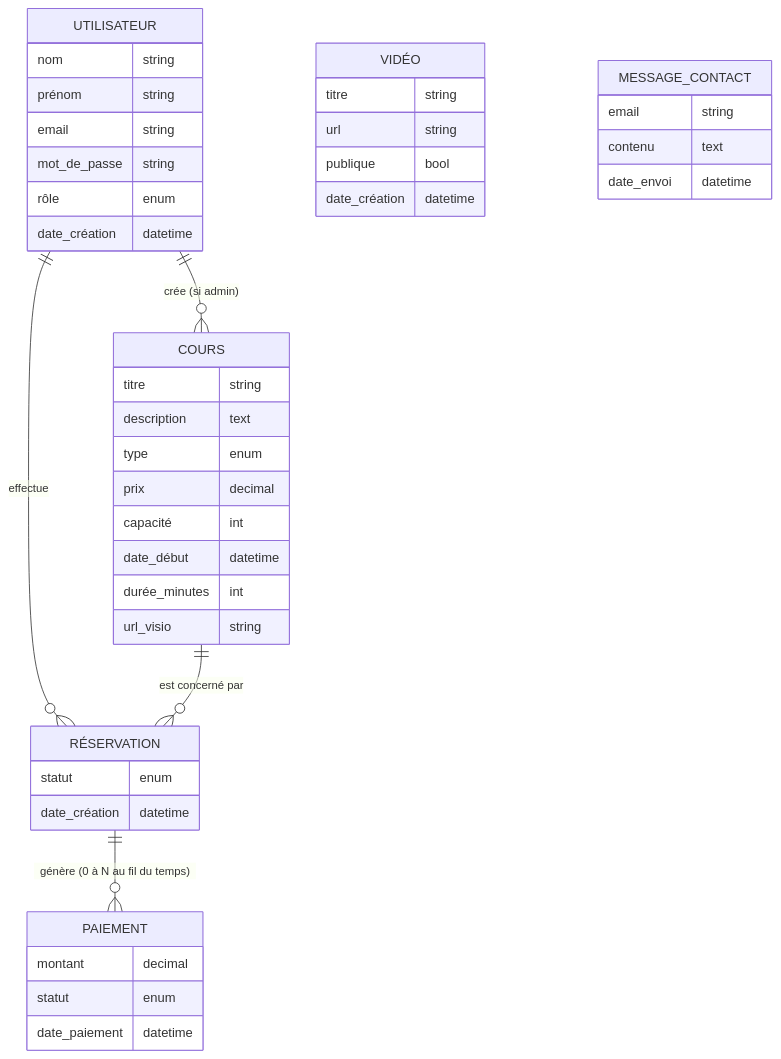
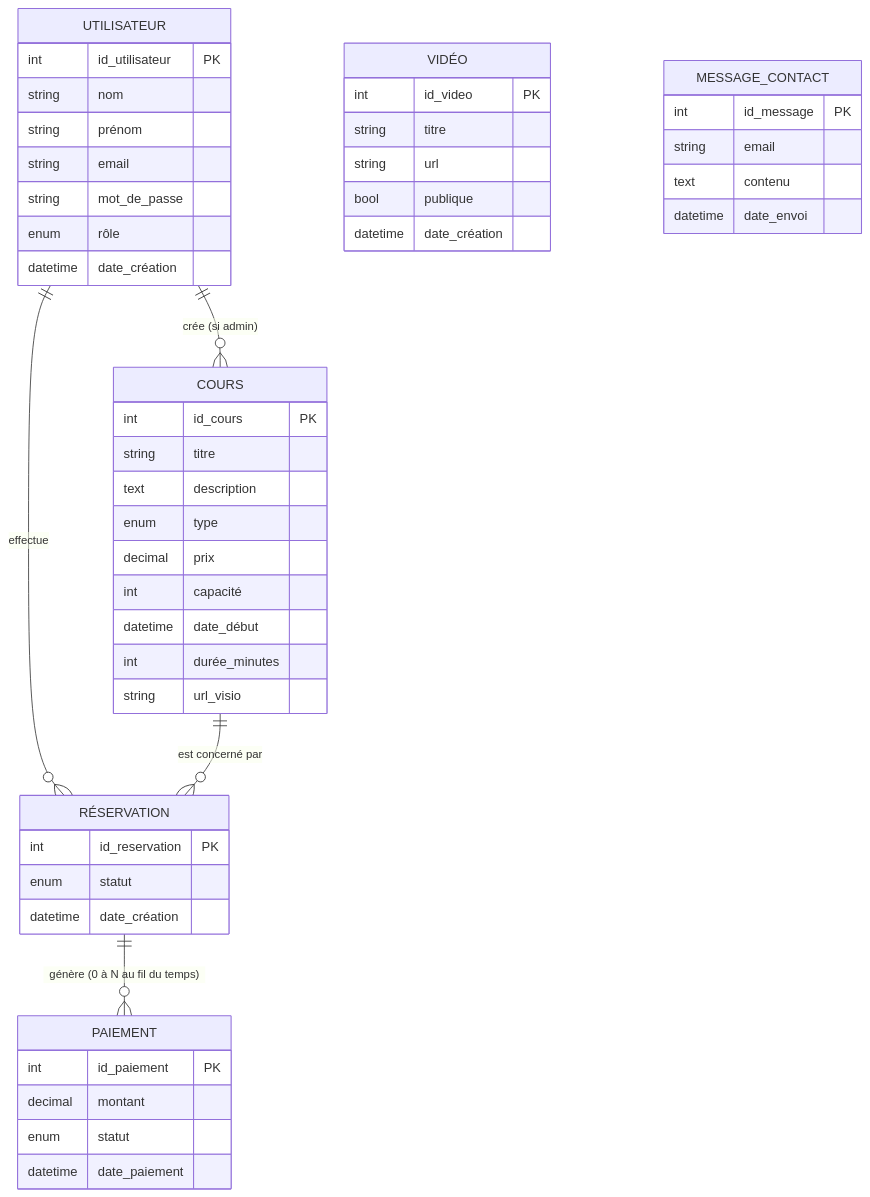
One commit to daddacameliayasmine-oss/JasmineTeacher-backend changed the diagram in MERISE.md. Above: the diagram before and after it, drawn with Mermaid. The commit also changed other lines of this file and 4 other files, not shown here.

````diff
--- a/MERISE.md
+++ b/MERISE.md
@@ -15,51 +25,57 @@
 ```mermaid
 erDiagram
     UTILISATEUR ||--o{ COURS : "crée (si admin)"
     UTILISATEUR ||--o{ RÉSERVATION : "effectue"
     COURS ||--o{ RÉSERVATION : "est concerné par"
     RÉSERVATION ||--o{ PAIEMENT : "génère (0 à N au fil du temps)"
 
     UTILISATEUR {
-        nom string
-        prénom string
-        email string
-        mot_de_passe string
-        rôle enum
-        date_création datetime
+        int id_utilisateur PK
+        string nom
+        string prénom
+        string email
+        string mot_de_passe
+        enum rôle
+        datetime date_création
     }
 
     COURS {
-        titre string
-        description text
-        type enum
-        prix decimal
-        capacité int
-        date_début datetime
-        durée_minutes int
-        url_visio string
+        int id_cours PK
+        string titre
+        text description
+        enum type
+        decimal prix
+        int capacité
+        datetime date_début
+        int durée_minutes
+        string url_visio
     }
 
     RÉSERVATION {
-        statut enum
-        date_création datetime
+        int id_reservation PK
+        enum statut
+        datetime date_création
     }
 
     PAIEMENT {
-        montant decimal
-        statut enum
-        date_paiement datetime
+        int id_paiement PK
+        decimal montant
+        enum statut
+        datetime date_paiement
     }
 
     VIDÉO {
-        titre string
-        url string
-        publique bool
-        date_création datetime
+        int id_video PK
+        string titre
+        string url
+        bool publique
+        datetime date_création
     }
 
     MESSAGE_CONTACT {
-        email string
-        contenu text
-        date_envoi datetime
+        int id_message PK
+        string email
+        text contenu
+        datetime date_envoi
     }
 ```
````
